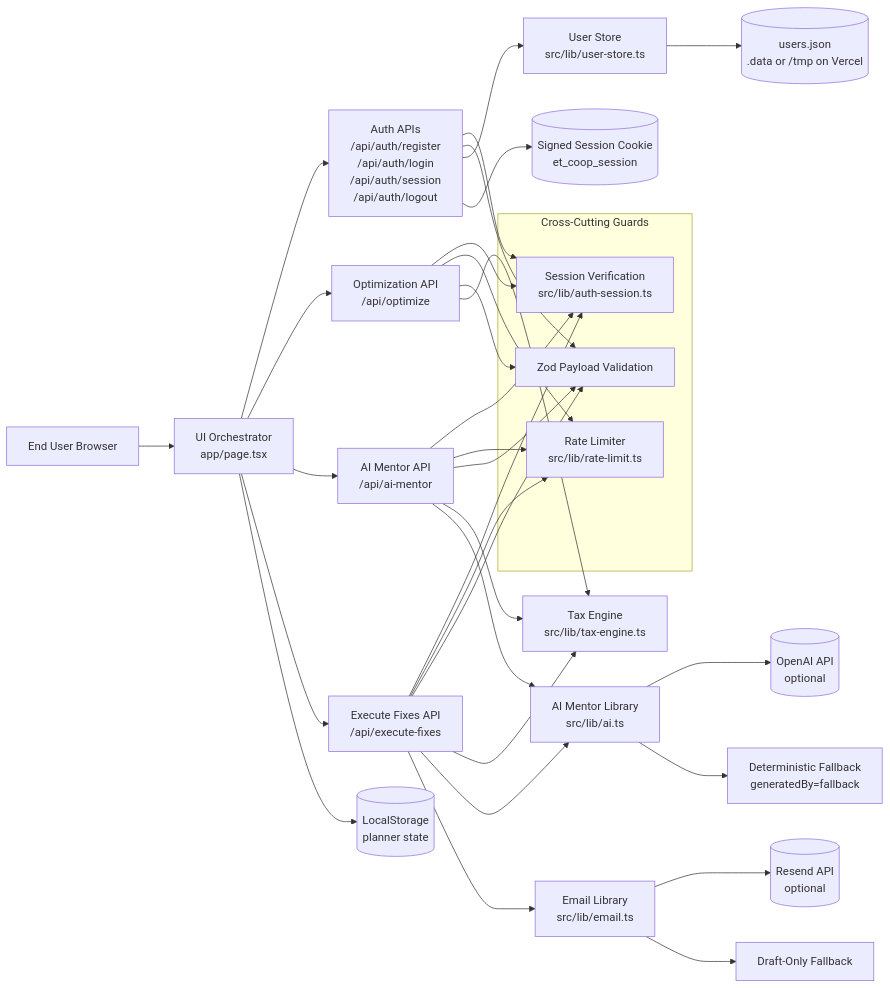
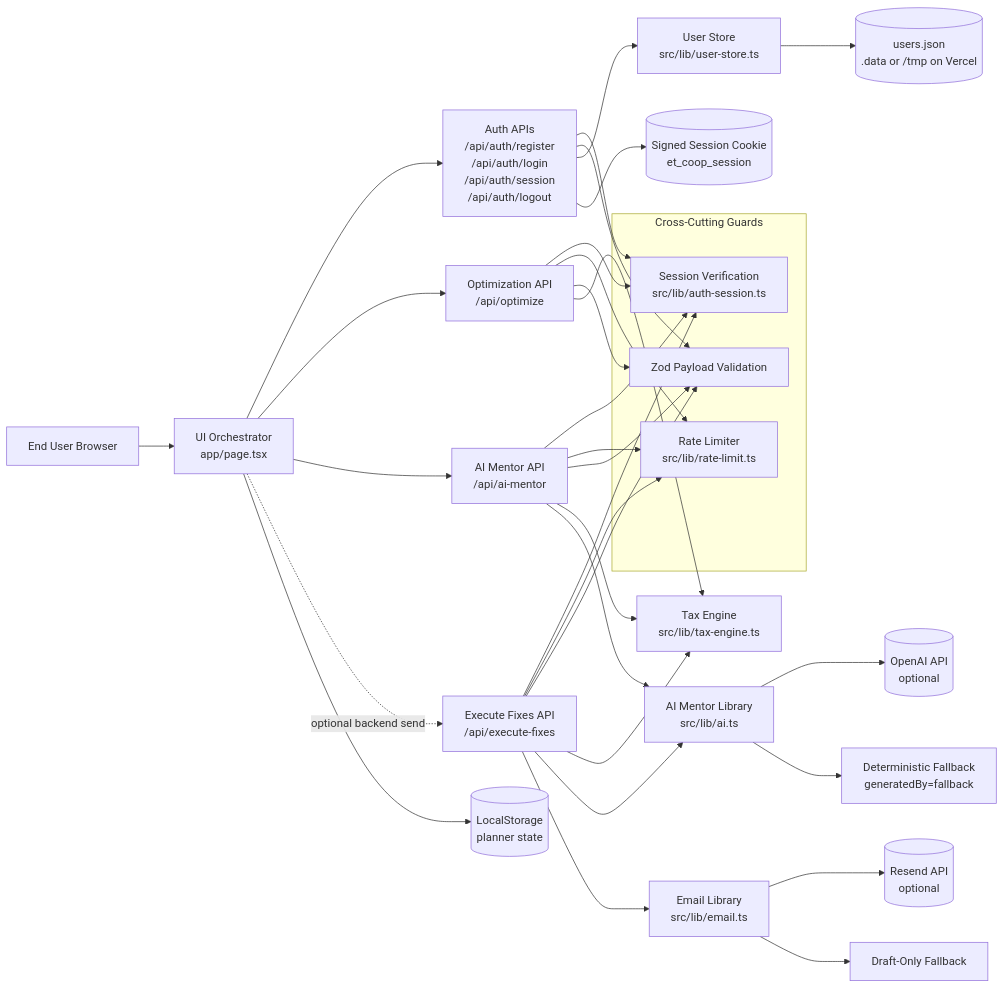
Before and after one commit to Aarushiar/ET-Co-Op-AI-Household-Money-Mentor: the diagram in ARCHITECTURE.md, drawn with Mermaid. The commit also changed other lines of this file and 1 other file, not shown here.

Commit message:
docs: sync README, architecture, and impact model with judge UX flow

````diff
--- a/ARCHITECTURE.md
+++ b/ARCHITECTURE.md
@@ -21,49 +21,49 @@
 ```mermaid
 flowchart LR
   U[End User Browser] --> UI[UI Orchestrator\napp/page.tsx]
 
   UI --> AUTH_API[Auth APIs\n/api/auth/register\n/api/auth/login\n/api/auth/session\n/api/auth/logout]
   UI --> OPT_API[Optimization API\n/api/optimize]
   UI --> AI_API[AI Mentor API\n/api/ai-mentor]
-  UI --> EXEC_API[Execute Fixes API\n/api/execute-fixes]
+  UI -. optional backend send .-> EXEC_API[Execute Fixes API\n/api/execute-fixes]
 
   subgraph Guards[Cross-Cutting Guards]
     ZOD[Zod Payload Validation]
     AUTH[Session Verification\nsrc/lib/auth-session.ts]
     RL[Rate Limiter\nsrc/lib/rate-limit.ts]
   end
 
   AUTH_API --> AUTH
   OPT_API --> AUTH
   AI_API --> AUTH
   EXEC_API --> AUTH
 
   OPT_API --> RL
   AI_API --> RL
   EXEC_API --> RL
 
   OPT_API --> ZOD
   AI_API --> ZOD
   EXEC_API --> ZOD
   AUTH_API --> ZOD
 
   AUTH_API --> USER_STORE[User Store\nsrc/lib/user-store.ts]
   USER_STORE --> USER_FILE[(users.json\n.data or /tmp on Vercel)]
 
   AUTH_API --> COOKIE[(Signed Session Cookie\net_coop_session)]
 
   OPT_API --> TAX[Tax Engine\nsrc/lib/tax-engine.ts]
 
   AI_API --> TAX
   AI_API --> AI_LIB[AI Mentor Library\nsrc/lib/ai.ts]
   AI_LIB --> OPENAI[(OpenAI API\noptional)]
   AI_LIB --> AI_FALLBACK[Deterministic Fallback\ngeneratedBy=fallback]
 
   EXEC_API --> TAX
   EXEC_API --> AI_LIB
   EXEC_API --> EMAIL_LIB[Email Library\nsrc/lib/email.ts]
   EMAIL_LIB --> RESEND[(Resend API\noptional)]
   EMAIL_LIB --> EMAIL_FALLBACK[Draft-Only Fallback]
 
   UI --> LS[(LocalStorage\nplanner state)]
 ```
````
